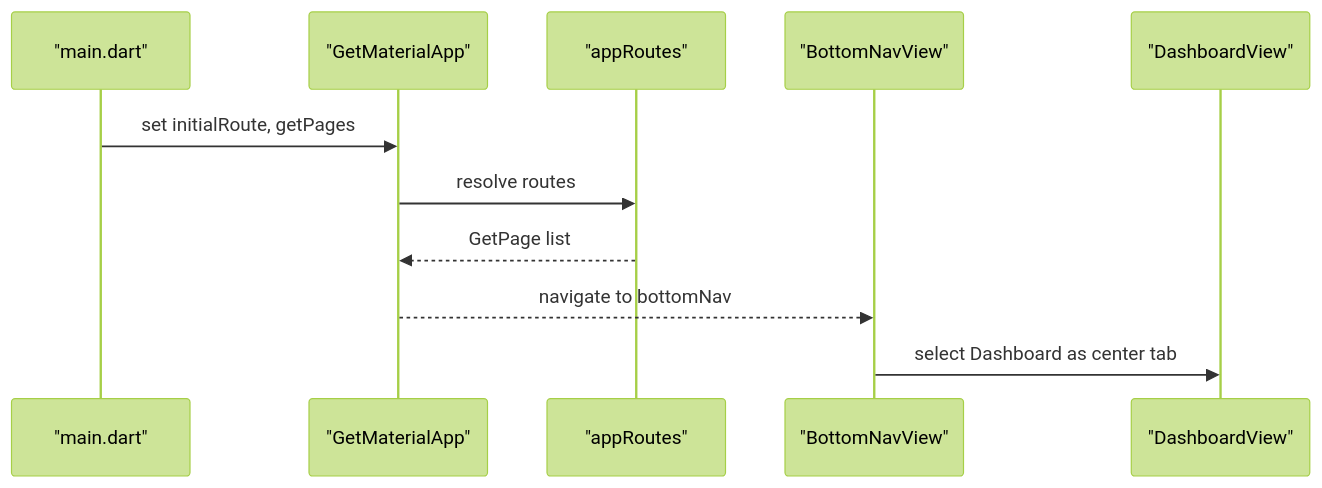
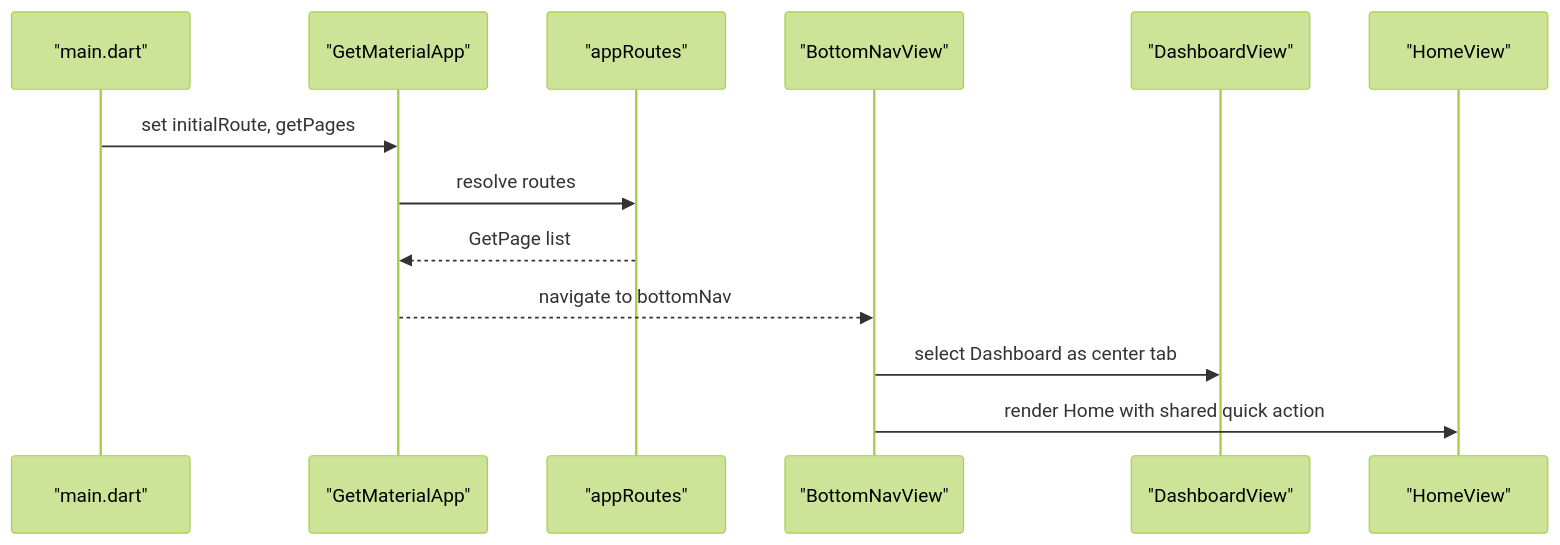
Before and after one commit to Ariful3111/FurniGo: the seventh of 10 diagrams in .qoder/repowiki/en/content/Core Features/Dashboard and Navigation.md, drawn with Mermaid (forest theme). The commit also changed other lines of this file and 67 other files, not shown here.

````diff
--- a/.qoder/repowiki/en/content/Core Features/Dashboard and Navigation.md
+++ b/.qoder/repowiki/en/content/Core Features/Dashboard and Navigation.md
@@ -294,13 +329,15 @@
 ```mermaid
 sequenceDiagram
 participant Boot as "main.dart"
 participant App as "GetMaterialApp"
 participant Router as "appRoutes"
 participant BN as "BottomNavView"
 participant Dash as "DashboardView"
+participant Home as "HomeView"
 Boot->>App : set initialRoute, getPages
 App->>Router : resolve routes
 Router-->>App : GetPage list
 App-->>BN : navigate to bottomNav
 BN->>Dash : select Dashboard as center tab
+BN->>Home : render Home with shared quick action
 ```
````
